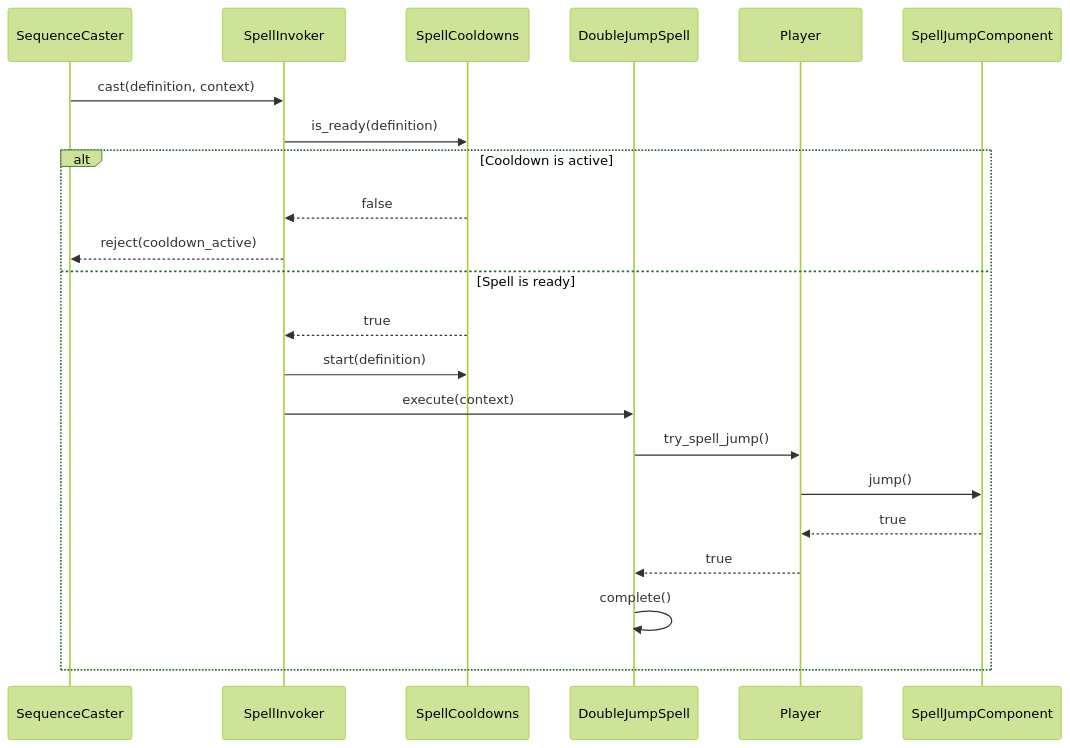
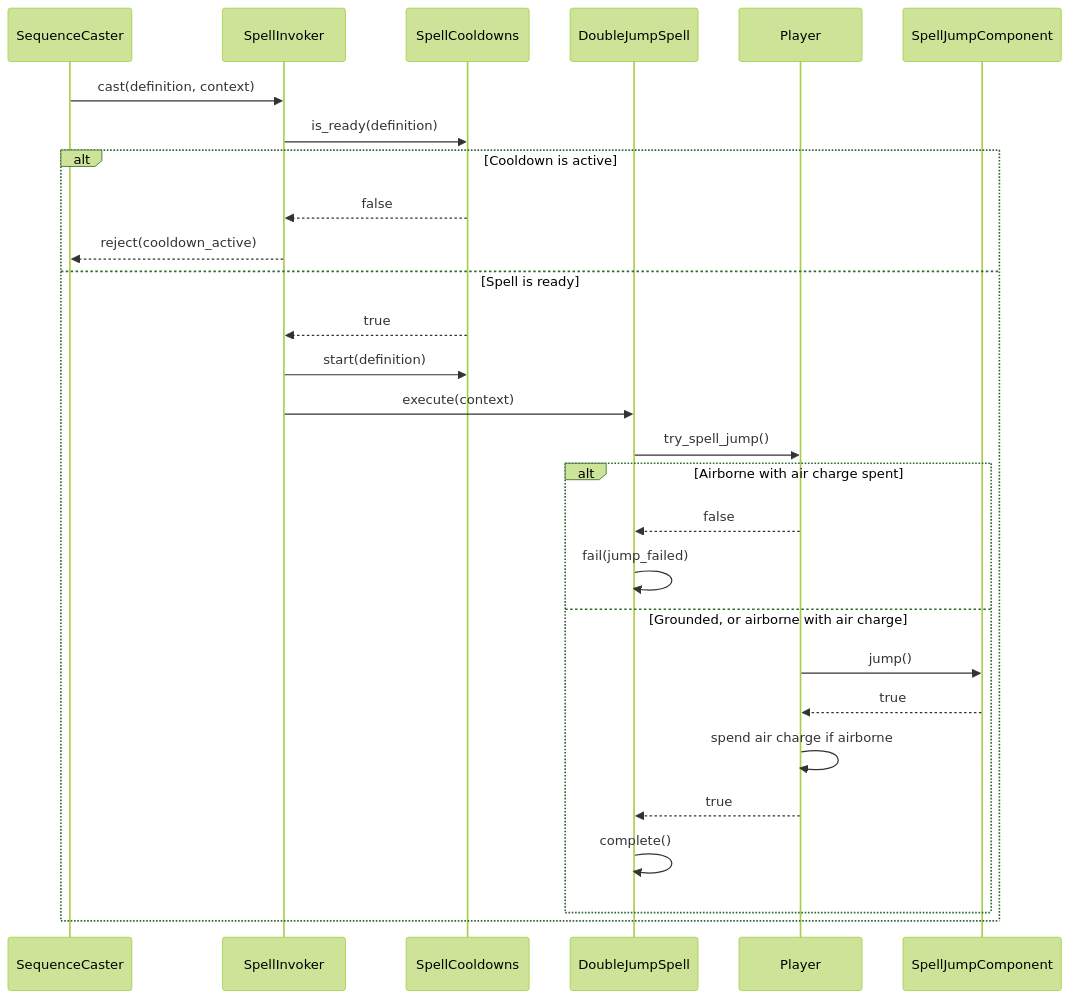
The diagram in docs/specs/009_double_jump.md (ricardovinicius/twd), drawn with Mermaid (forest theme) before and after one commit. The commit also changed other lines of this file and 18 other files, not shown here.

````diff
--- a/docs/specs/009_double_jump.md
+++ b/docs/specs/009_double_jump.md
@@ -140,25 +170,31 @@
 ```mermaid
 sequenceDiagram
     participant Caster as SequenceCaster
     participant Invoker as SpellInvoker
     participant Cooldowns as SpellCooldowns
     participant Spell as DoubleJumpSpell
     participant Player
     participant Jump as SpellJumpComponent
 
     Caster->>Invoker: cast(definition, context)
     Invoker->>Cooldowns: is_ready(definition)
     alt Cooldown is active
         Cooldowns-->>Invoker: false
         Invoker-->>Caster: reject(cooldown_active)
     else Spell is ready
         Cooldowns-->>Invoker: true
         Invoker->>Cooldowns: start(definition)
         Invoker->>Spell: execute(context)
         Spell->>Player: try_spell_jump()
-        Player->>Jump: jump()
-        Jump-->>Player: true
-        Player-->>Spell: true
-        Spell->>Spell: complete()
+        alt Airborne with air charge spent
+            Player-->>Spell: false
+            Spell->>Spell: fail(jump_failed)
+        else Grounded, or airborne with air charge
+            Player->>Jump: jump()
+            Jump-->>Player: true
+            Player->>Player: spend air charge if airborne
+            Player-->>Spell: true
+            Spell->>Spell: complete()
+        end
     end
 ```
````
